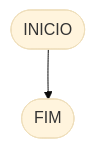
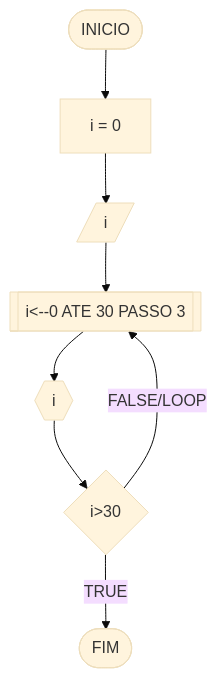
The fourth of 6 diagrams in RLA/unidade1/lista3.md (clara-paterno/unifor), drawn with Mermaid (base theme) before and after one commit. The commit also changed other lines of this file, not shown here.

````diff
--- a/RLA/unidade1/lista3.md
+++ b/RLA/unidade1/lista3.md
@@ -177,4 +152,10 @@
 ```mermaid
 flowchart TD
-A([INICIO]) --> B([FIM])
+A([INICIO]) --> B[i = 0]
+B --> C[/i/]
+C --> D[[i<--0 ATE 30 PASSO 3]]
+D --> E{{i}}
+E --> F{i>30}
+F --FALSE/LOOP--> D
+F --TRUE--> H([FIM])
 ```
````
